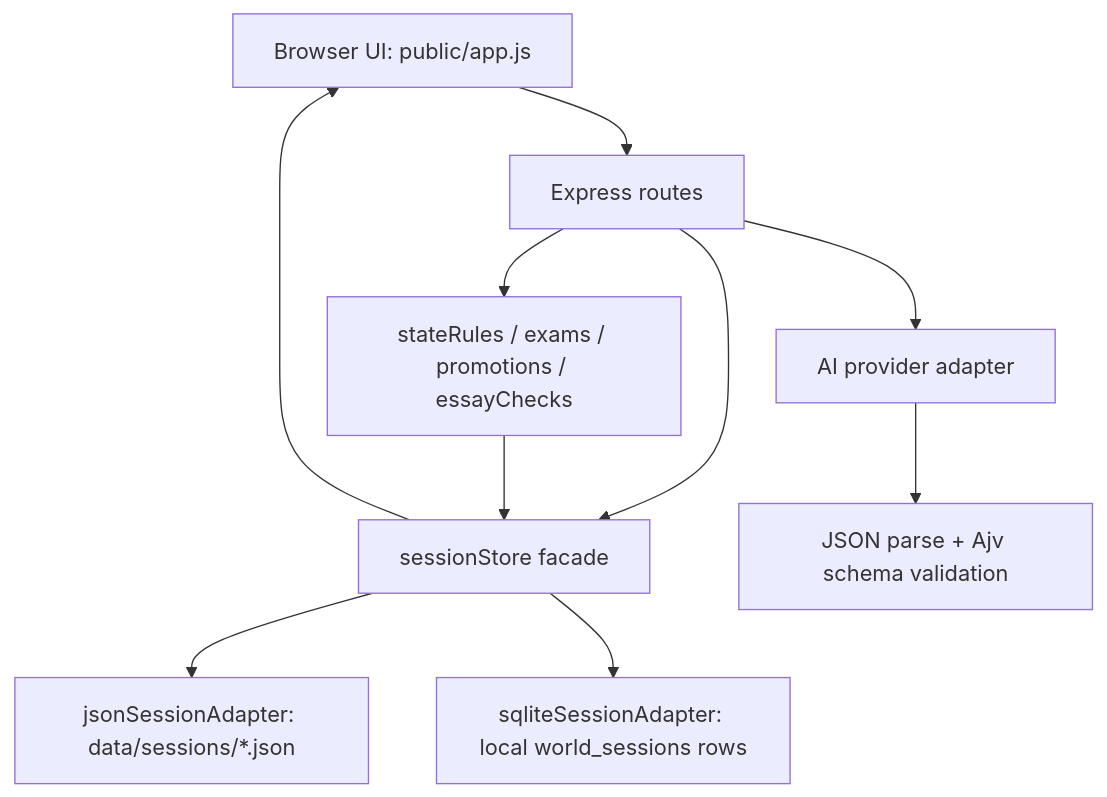
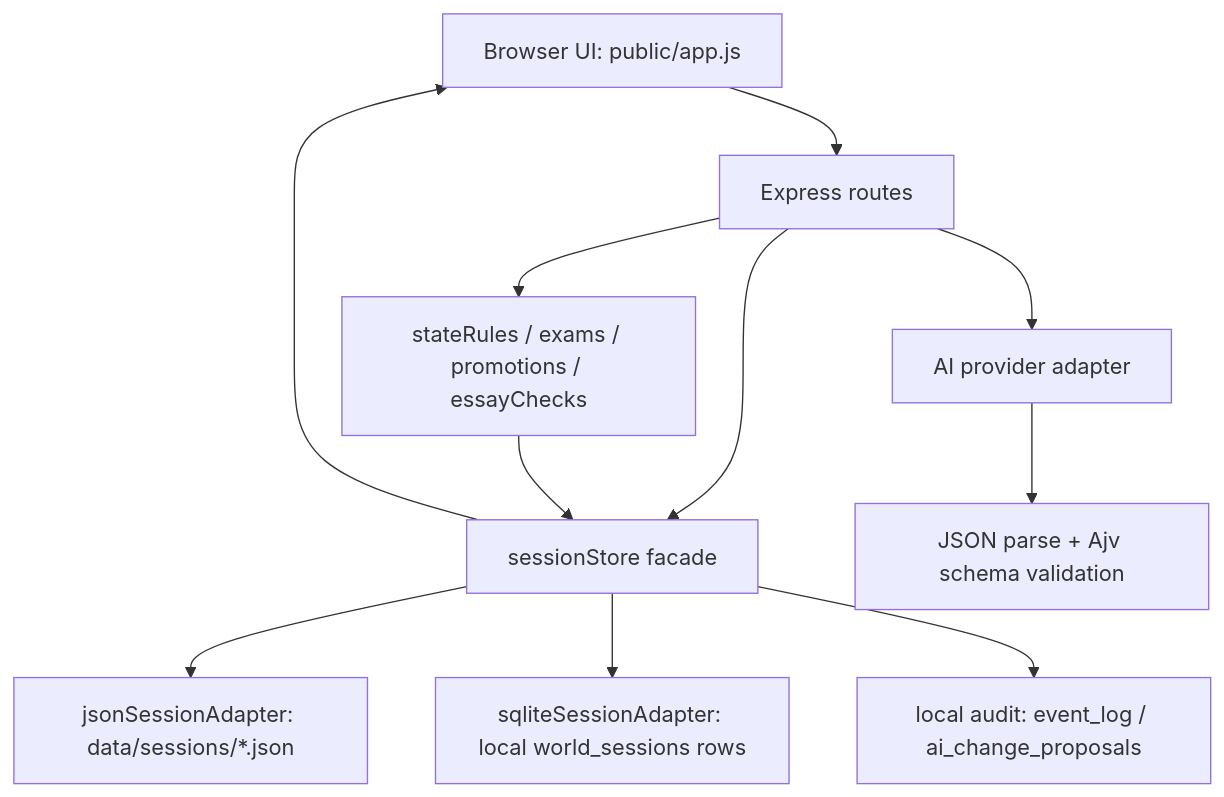
Before and after one commit to 298118/qianqiu: the diagram in docs/ARCHITECTURE.md, drawn with Mermaid. The commit also changed other lines of this file and 16 other files, not shown here.

Commit message:
feat: add local audit logs for AI proposals

````diff
--- a/docs/ARCHITECTURE.md
+++ b/docs/ARCHITECTURE.md
@@ -31,12 +31,13 @@
 ```mermaid
 flowchart TD
   Browser["Browser UI: public/app.js"] --> Routes["Express routes"]
   Routes --> Store["sessionStore facade"]
   Store --> JsonAdapter["jsonSessionAdapter: data/sessions/*.json"]
   Store --> SqliteAdapter["sqliteSessionAdapter: local world_sessions rows"]
+  Store --> Audit["local audit: event_log / ai_change_proposals"]
   Routes --> Provider["AI provider adapter"]
   Provider --> Schemas["JSON parse + Ajv schema validation"]
   Routes --> Rules["stateRules / exams / promotions / essayChecks"]
   Rules --> Store
   Store --> Browser
 ```
````
